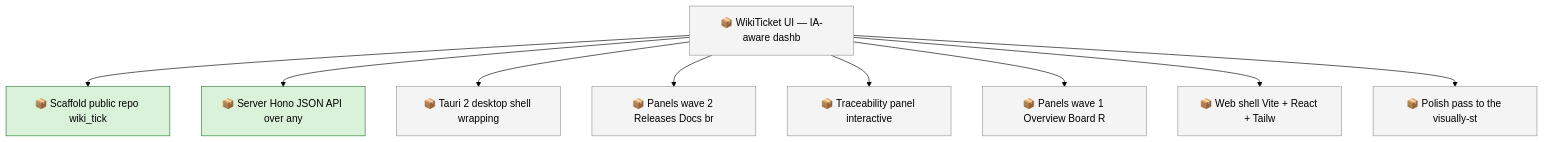
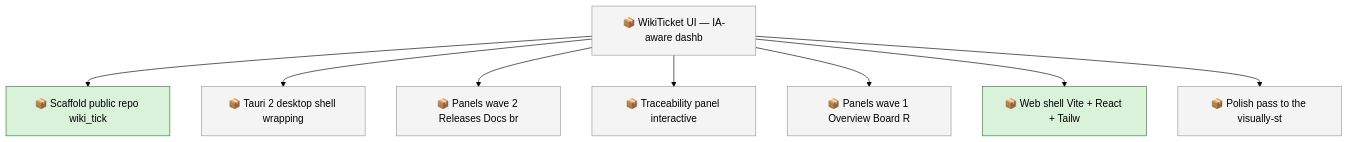
One commit to SpillwaveSolutions/wiki_ticket_sdd_ui changed the first of 2 diagrams in docs/roadmap.md. Above: the diagram before and after it, drawn with Mermaid (forest theme). The commit also changed other lines of this file and 20 other files, not shown here.

First line of the commit message:
feat(server): Hono JSON API over any worklog repo (#3)

````diff
--- a/docs/roadmap.md
+++ b/docs/roadmap.md
@@ -54,24 +53,22 @@
 ```mermaid
 graph TD
     01KY5ZZX8Y6N7E5YQYP4X1V7VA["📦 Scaffold public repo wiki_tick"]
-    01KY5ZZX8YBZ3FS5QP06RF4PT6["📦 Server Hono JSON API over any"]
     01KY5ZZX8YXD5YDJKQGJ3VCCHN["📦 WikiTicket UI — IA-aware dashb"]
     01KY5ZZX8Z46K7BCSPPFKN23JZ["📦 Tauri 2 desktop shell wrapping"]
     01KY5ZZX8ZBF099JH8N2ZRJKKE["📦 Panels wave 2 Releases Docs br"]
     01KY5ZZX8ZJJX208WYH58MY9WS["📦 Traceability panel interactive"]
     01KY5ZZX8ZTV1ZYR8FYGBEWKJV["📦 Panels wave 1 Overview Board R"]
     01KY5ZZX8ZX1T0SD6S60CQD5Z0["📦 Web shell Vite + React + Tailw"]
     01KY5ZZX8ZYPXTMVCGX4AAZQSG["📦 Polish pass to the visually-st"]
     01KY5ZZX8YXD5YDJKQGJ3VCCHN --> 01KY5ZZX8Y6N7E5YQYP4X1V7VA
-    01KY5ZZX8YXD5YDJKQGJ3VCCHN --> 01KY5ZZX8YBZ3FS5QP06RF4PT6
     01KY5ZZX8YXD5YDJKQGJ3VCCHN --> 01KY5ZZX8Z46K7BCSPPFKN23JZ
     01KY5ZZX8YXD5YDJKQGJ3VCCHN --> 01KY5ZZX8ZBF099JH8N2ZRJKKE
     01KY5ZZX8YXD5YDJKQGJ3VCCHN --> 01KY5ZZX8ZJJX208WYH58MY9WS
     01KY5ZZX8YXD5YDJKQGJ3VCCHN --> 01KY5ZZX8ZTV1ZYR8FYGBEWKJV
     01KY5ZZX8YXD5YDJKQGJ3VCCHN --> 01KY5ZZX8ZX1T0SD6S60CQD5Z0
     01KY5ZZX8YXD5YDJKQGJ3VCCHN --> 01KY5ZZX8ZYPXTMVCGX4AAZQSG
     classDef todo fill:#f4f4f4,stroke:#999999
-    class 01KY5ZZX8YXD5YDJKQGJ3VCCHN,01KY5ZZX8Z46K7BCSPPFKN23JZ,01KY5ZZX8ZBF099JH8N2ZRJKKE,01KY5ZZX8ZJJX208WYH58MY9WS,01KY5ZZX8ZTV1ZYR8FYGBEWKJV,01KY5ZZX8ZX1T0SD6S60CQD5Z0,01KY5ZZX8ZYPXTMVCGX4AAZQSG todo
+    class 01KY5ZZX8YXD5YDJKQGJ3VCCHN,01KY5ZZX8Z46K7BCSPPFKN23JZ,01KY5ZZX8ZBF099JH8N2ZRJKKE,01KY5ZZX8ZJJX208WYH58MY9WS,01KY5ZZX8ZTV1ZYR8FYGBEWKJV,01KY5ZZX8ZYPXTMVCGX4AAZQSG todo
     classDef in_progress fill:#d9f2d9,stroke:#2e7d32
-    class 01KY5ZZX8Y6N7E5YQYP4X1V7VA,01KY5ZZX8YBZ3FS5QP06RF4PT6 in_progress
+    class 01KY5ZZX8Y6N7E5YQYP4X1V7VA,01KY5ZZX8ZX1T0SD6S60CQD5Z0 in_progress
 ```
````
